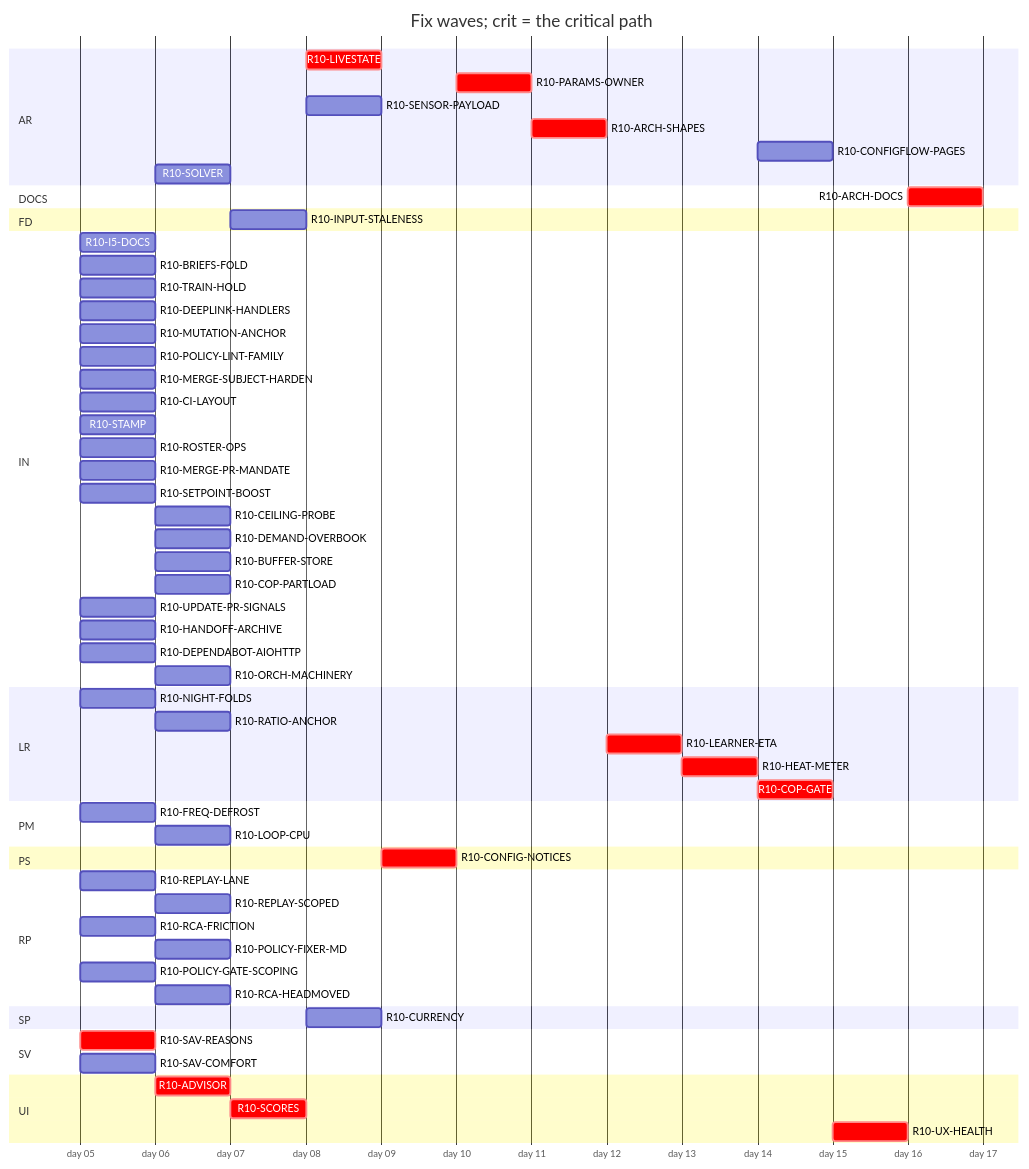
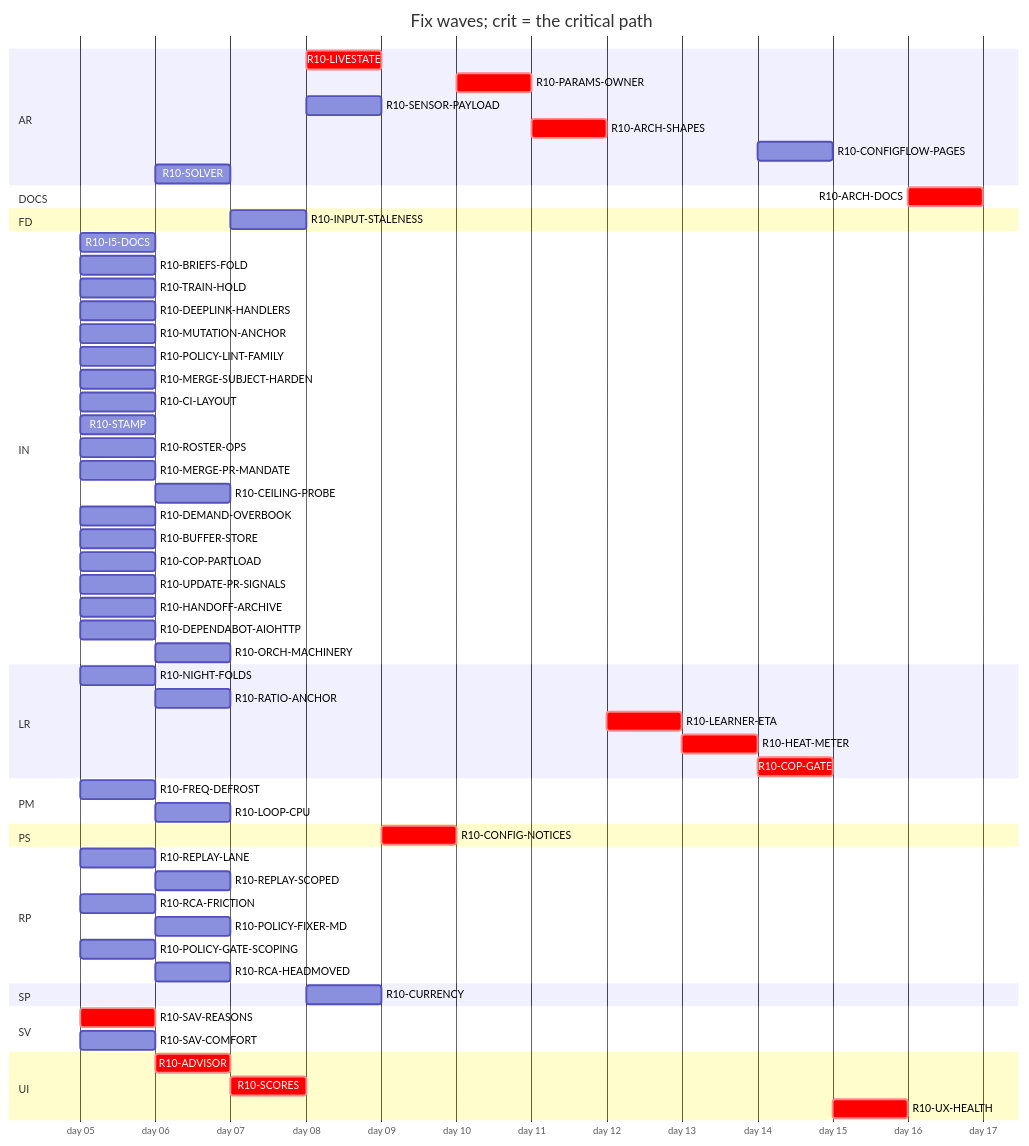
One commit to tvofi/heatpump_optimizer changed the diagram in handoff/round10/state/PLAN-TABLE.md. Above: the diagram before and after it, drawn with Mermaid. The commit also changed other lines of this file and 2 other files, not shown here.

````diff
--- a/handoff/round10/state/PLAN-TABLE.md
+++ b/handoff/round10/state/PLAN-TABLE.md
@@ -24,65 +24,64 @@
 ```mermaid
 gantt
   title Fix waves; crit = the critical path
   dateFormat YYYY-MM-DD
   axisFormat day %d
   section AR
     R10-LIVESTATE :crit, r10LIVESTATE, after r10SCORES, 1d
     R10-PARAMS-OWNER :crit, r10PARAMSOWNER, after r10CONFIGNOTICES, 1d
     R10-SENSOR-PAYLOAD :r10SENSORPAYLOAD, after r10SCORES, 1d
     R10-ARCH-SHAPES :crit, r10ARCHSHAPES, after r10PARAMSOWNER r10SENSORPAYLOAD r10FREQDEFROST, 1d
     R10-CONFIGFLOW-PAGES :r10CONFIGFLOWPAGES, after r10HEATMETER, 1d
     R10-SOLVER :r10SOLVER, after r10SAVREASONS, 1d
   section DOCS
     R10-ARCH-DOCS :crit, r10ARCHDOCS, after r10NIGHTFOLDS r10RATIOANCHOR r10INPUTSTALENESS r10CURRENCY r10FREQDEFROST r10LOOPCPU r10SAVREASONS r10ADVISOR r10SCORES r10LIVESTATE r10CONFIGNOTICES r10PARAMSOWNER r10SENSORPAYLOAD r10ARCHSHAPES r10LEARNERETA r10HEATMETER r10COPGATE r10UXHEALTH r10CONFIGFLOWPAGES r10SOLVER r10I5DOCS r10BRIEFSFOLD r10REPLAYLANE r10REPLAYSCOPED r10TRAINHOLD r10DEEPLINKHANDLERS, 1d
   section FD
     R10-INPUT-STALENESS :r10INPUTSTALENESS, after r10RATIOANCHOR, 1d
   section IN
     R10-I5-DOCS :r10I5DOCS, 2026-01-05, 1d
     R10-BRIEFS-FOLD :r10BRIEFSFOLD, 2026-01-05, 1d
     R10-TRAIN-HOLD :r10TRAINHOLD, 2026-01-05, 1d
     R10-DEEPLINK-HANDLERS :r10DEEPLINKHANDLERS, 2026-01-05, 1d
     R10-MUTATION-ANCHOR :r10MUTATIONANCHOR, 2026-01-05, 1d
     R10-POLICY-LINT-FAMILY :r10POLICYLINTFAMILY, 2026-01-05, 1d
     R10-MERGE-SUBJECT-HARDEN :r10MERGESUBJECTHARDEN, 2026-01-05, 1d
     R10-CI-LAYOUT :r10CILAYOUT, 2026-01-05, 1d
     R10-STAMP :r10STAMP, 2026-01-05, 1d
     R10-ROSTER-OPS :r10ROSTEROPS, 2026-01-05, 1d
     R10-MERGE-PR-MANDATE :r10MERGEPRMANDATE, 2026-01-05, 1d
-    R10-SETPOINT-BOOST :r10SETPOINTBOOST, 2026-01-05, 1d
-    R10-CEILING-PROBE :r10CEILINGPROBE, after r10SETPOINTBOOST r10CILAYOUT r10NIGHTFOLDS, 1d
-    R10-DEMAND-OVERBOOK :r10DEMANDOVERBOOK, after r10SETPOINTBOOST, 1d
-    R10-BUFFER-STORE :r10BUFFERSTORE, after r10SETPOINTBOOST, 1d
-    R10-COP-PARTLOAD :r10COPPARTLOAD, after r10SETPOINTBOOST, 1d
+    R10-CEILING-PROBE :r10CEILINGPROBE, after r10CILAYOUT r10NIGHTFOLDS, 1d
+    R10-DEMAND-OVERBOOK :r10DEMANDOVERBOOK, 2026-01-05, 1d
+    R10-BUFFER-STORE :r10BUFFERSTORE, 2026-01-05, 1d
+    R10-COP-PARTLOAD :r10COPPARTLOAD, 2026-01-05, 1d
     R10-UPDATE-PR-SIGNALS :r10UPDATEPRSIGNALS, 2026-01-05, 1d
     R10-HANDOFF-ARCHIVE :r10HANDOFFARCHIVE, 2026-01-05, 1d
     R10-DEPENDABOT-AIOHTTP :r10DEPENDABOTAIOHTTP, 2026-01-05, 1d
     R10-ORCH-MACHINERY :r10ORCHMACHINERY, after r10ROSTEROPS r10CILAYOUT, 1d
   section LR
     R10-NIGHT-FOLDS :r10NIGHTFOLDS, 2026-01-05, 1d
     R10-RATIO-ANCHOR :r10RATIOANCHOR, after r10NIGHTFOLDS, 1d
     R10-LEARNER-ETA :crit, r10LEARNERETA, after r10ARCHSHAPES, 1d
     R10-HEAT-METER :crit, r10HEATMETER, after r10LEARNERETA r10INPUTSTALENESS r10RATIOANCHOR, 1d
     R10-COP-GATE :crit, r10COPGATE, after r10HEATMETER r10SENSORPAYLOAD, 1d
   section PM
     R10-FREQ-DEFROST :r10FREQDEFROST, 2026-01-05, 1d
     R10-LOOP-CPU :r10LOOPCPU, after r10FREQDEFROST, 1d
   section PS
     R10-CONFIG-NOTICES :crit, r10CONFIGNOTICES, after r10LIVESTATE, 1d
   section RP
     R10-REPLAY-LANE :r10REPLAYLANE, 2026-01-05, 1d
     R10-REPLAY-SCOPED :r10REPLAYSCOPED, after r10REPLAYLANE r10TRAINHOLD, 1d
     R10-RCA-FRICTION :r10RCAFRICTION, 2026-01-05, 1d
     R10-POLICY-FIXER-MD :r10POLICYFIXERMD, after r10RCAFRICTION r10BRIEFSFOLD, 1d
     R10-POLICY-GATE-SCOPING :r10POLICYGATESCOPING, 2026-01-05, 1d
     R10-RCA-HEADMOVED :r10RCAHEADMOVED, after r10RCAFRICTION, 1d
   section SP
     R10-CURRENCY :r10CURRENCY, after r10INPUTSTALENESS, 1d
   section SV
     R10-SAV-REASONS :crit, r10SAVREASONS, 2026-01-05, 1d
     R10-SAV-COMFORT :r10SAVCOMFORT, 2026-01-05, 1d
   section UI
     R10-ADVISOR :crit, r10ADVISOR, after r10SAVREASONS, 1d
     R10-SCORES :crit, r10SCORES, after r10ADVISOR, 1d
     R10-UX-HEALTH :crit, r10UXHEALTH, after r10SCORES r10COPGATE r10HEATMETER, 1d
 ```
````
